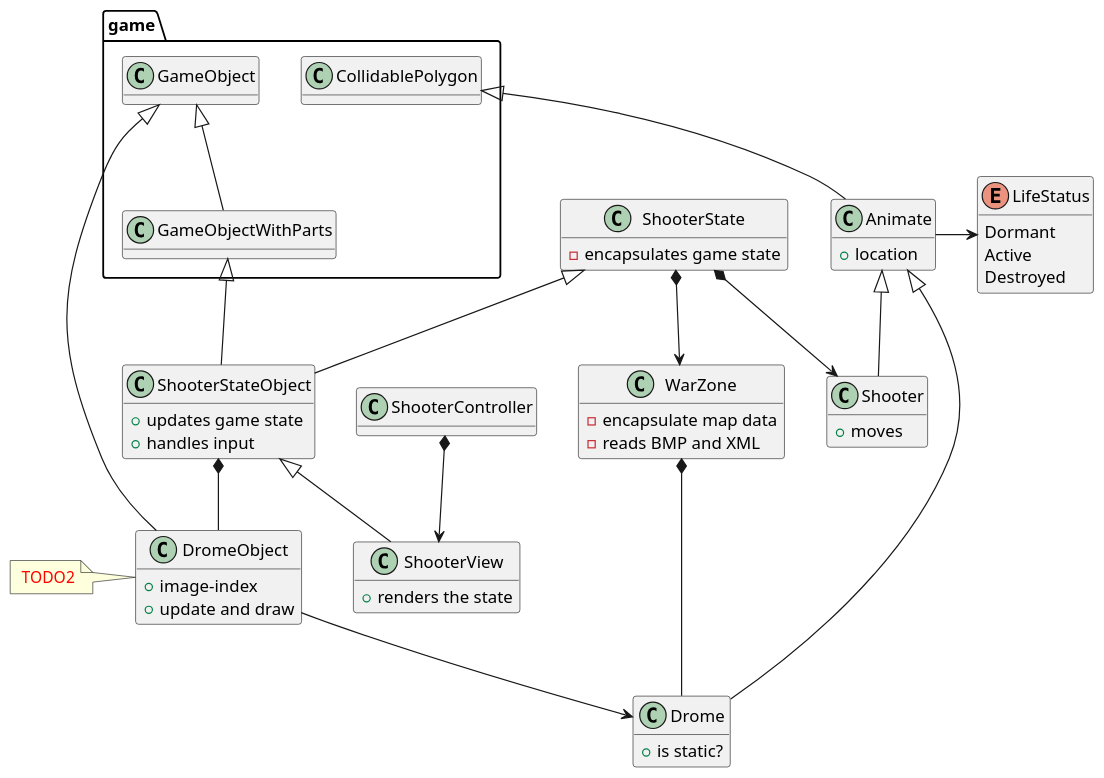
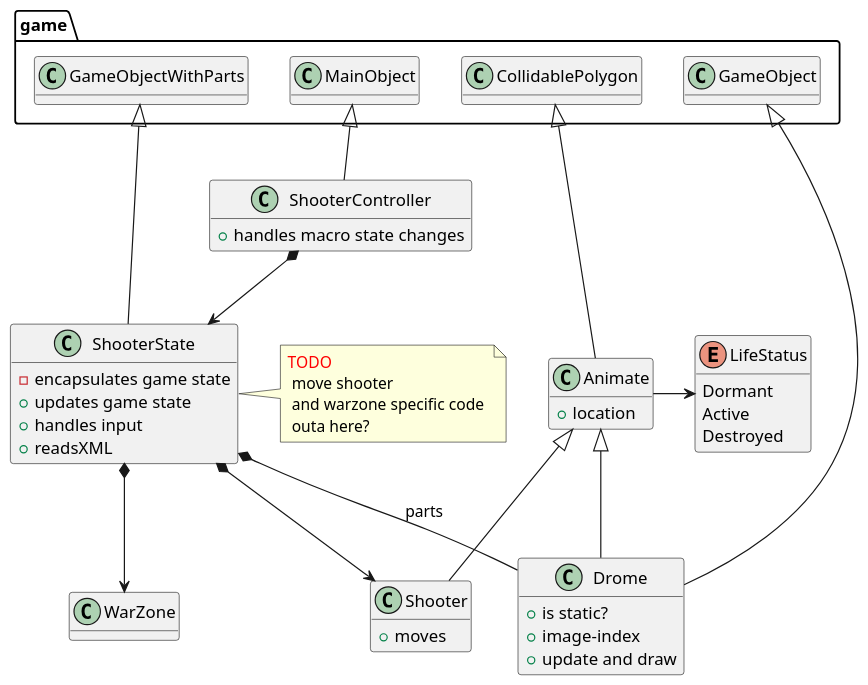
Before and after one commit to wduminy/GameEx: the first of 2 diagrams in shooter/design.md, drawn with PlantUML. The commit also changed other lines of this file and 12 other files, not shown here.

```diff
--- a/shooter/design.md
+++ b/shooter/design.md
@@ -2,73 +2,64 @@
 @startuml
 scale 1.2 
 hide methods
-
-game.GameObject <|-- game.GameObjectWithParts
 
 
 enum LifeStatus {
  Dormant
  Active
  Destroyed
 } 
 
 class Animate { 
  + location
 }
 
 
 Animate -> LifeStatus
 game.CollidablePolygon <|-- Animate
 
 class Drome {
 + is static? 
++ image-index
++ update and draw
 }
 
+game.GameObject <|-- Drome
 Animate <|-- Drome
-
-Animate <|-- Shooter
-
- 
-class DromeObject {
-+ image-index
-+ update and draw
-} 
-note left of DromeObject: <color:red> TODO2
-
-DromeObject --> Drome
-game.GameObject <|-- DromeObject
 
 class Shooter {
 + moves
 }
+Animate <|-- Shooter
+
 
 class ShooterState {
 - encapsulates game state
++ updates game state
++ handles input
++ readsXML
 }
+note right of ShooterState
+ <color:red>TODO
+  move shooter 
+  and warzone specific code 
+  outa here?
+end note
 ShooterState *--> Shooter
 ShooterState *--> WarZone
 
-class ShooterStateObject {
-+ updates game state
-+ handles input
-}
-game.GameObjectWithParts <|-- ShooterStateObject
+game.GameObjectWithParts <|-- ShooterState
+ShooterState *-- Drome: "parts"
 
-ShooterStateObject *-- DromeObject
-ShooterState <|-- ShooterStateObject
 
 class WarZone {
-- encapsulate map data
-- reads BMP and XML
+- encapsulate map data (BMP)
 }
-WarZone *-- Drome
 
-class ShooterView {
-+ renders the state
+class ShooterController {
++ handles macro state changes
 }
-ShooterStateObject <|-- ShooterView
 
-
-ShooterController *--> ShooterView
-
+ShooterController *--> ShooterState
+game.MainObject <|-- ShooterController
 @enduml
```
